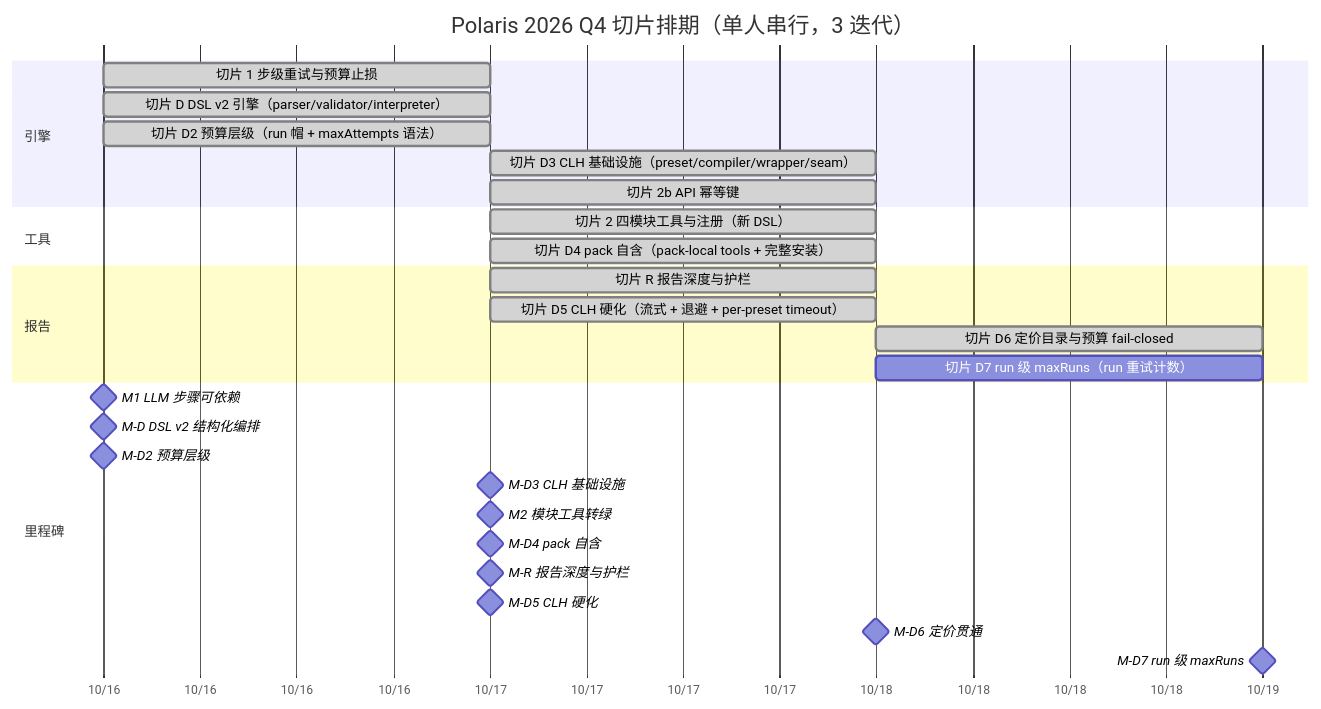
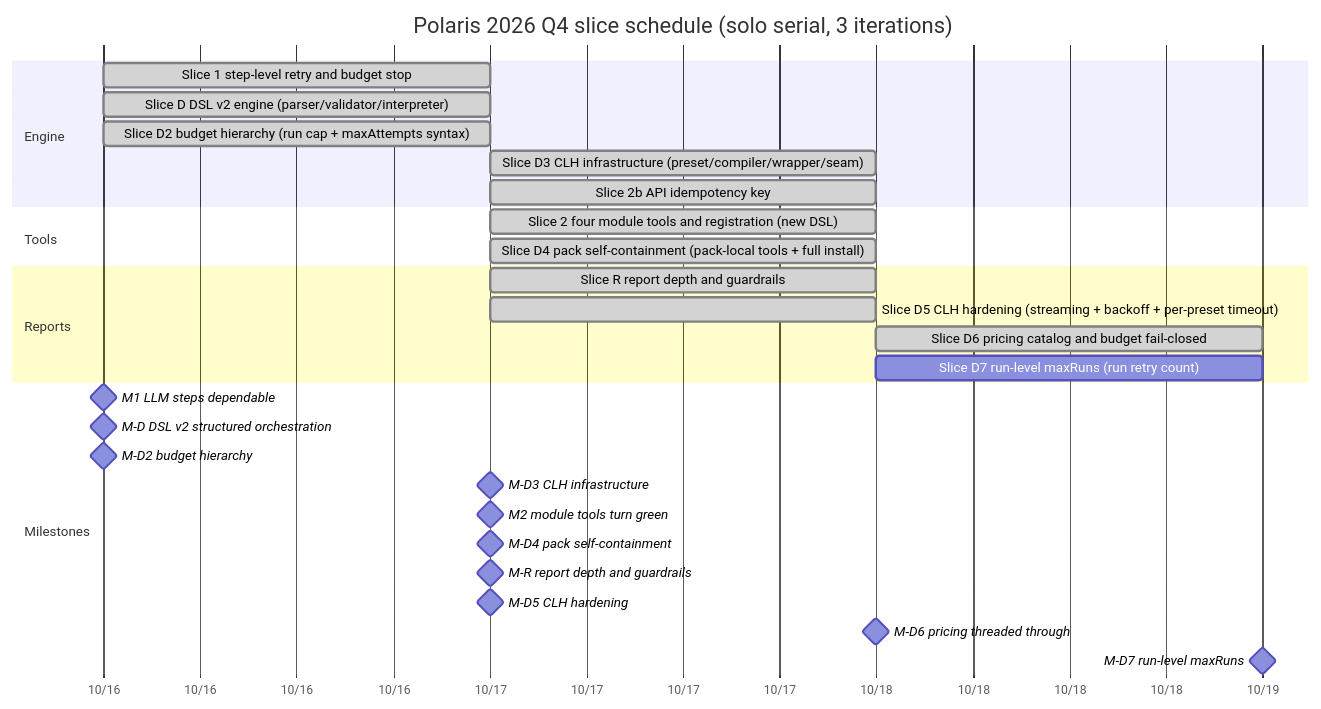
Before and after one commit to 55aaseclab/Polaris: the diagram in apps/docs/site/development/roadmap.md, drawn with Mermaid. The commit also changed other lines of this file and 1 other file, not shown here.

````diff
--- a/apps/docs/site/development/roadmap.md
+++ b/apps/docs/site/development/roadmap.md
@@ -91,31 +94,31 @@
 ```mermaid
 gantt
-    title Polaris 2026 Q4 切片排期（单人串行，3 迭代）
+    title Polaris 2026 Q4 slice schedule (solo serial, 3 iterations)
     dateFormat YYYY-MM-DD
     axisFormat %m/%d
-    section 引擎
-    切片 1 步级重试与预算止损 :done, a1, 2026-10-16, 1d
-    切片 D DSL v2 引擎（parser/validator/interpreter） :done, a2, 2026-10-16, 1d
-    切片 D2 预算层级（run 帽 + maxAttempts 语法） :done, a4, 2026-10-16, 1d
-    切片 D3 CLH 基础设施（preset/compiler/wrapper/seam） :done, a5, 2026-10-17, 1d
-    切片 2b API 幂等键 :done, a3, 2026-10-17, 1d
-    section 工具
-    切片 2 四模块工具与注册（新 DSL） :done, b1, 2026-10-17, 1d
-    切片 D4 pack 自含（pack-local tools + 完整安装） :done, b2, 2026-10-17, 1d
-    section 报告
-    切片 R 报告深度与护栏 :done, r1, 2026-10-17, 1d
-    切片 D5 CLH 硬化（流式 + 退避 + per-preset timeout） :done, c1, 2026-10-17, 1d
-    切片 D6 定价目录与预算 fail-closed :done, c2, 2026-10-18, 1d
-    切片 D7 run 级 maxRuns（run 重试计数） :c3, 2026-10-18, 1d
-    section 里程碑
-    M1 LLM 步骤可依赖 :milestone, m1, 2026-10-16, 0d
-    M-D DSL v2 结构化编排 :milestone, md, 2026-10-16, 0d
-    M-D2 预算层级 :milestone, md2, 2026-10-16, 0d
-    M-D3 CLH 基础设施 :milestone, md3, 2026-10-17, 0d
-    M2 模块工具转绿 :milestone, m2, 2026-10-17, 0d
-    M-D4 pack 自含 :milestone, md4, 2026-10-17, 0d
-    M-R 报告深度与护栏 :milestone, mr, 2026-10-17, 0d
-    M-D5 CLH 硬化 :milestone, md5, 2026-10-17, 0d
-    M-D6 定价贯通 :milestone, md6, 2026-10-18, 0d
-    M-D7 run 级 maxRuns :milestone, md7, 2026-10-19, 0d
+    section Engine
+    Slice 1 step-level retry and budget stop :done, a1, 2026-10-16, 1d
+    Slice D DSL v2 engine (parser/validator/interpreter) :done, a2, 2026-10-16, 1d
+    Slice D2 budget hierarchy (run cap + maxAttempts syntax) :done, a4, 2026-10-16, 1d
+    Slice D3 CLH infrastructure (preset/compiler/wrapper/seam) :done, a5, 2026-10-17, 1d
+    Slice 2b API idempotency key :done, a3, 2026-10-17, 1d
+    section Tools
+    Slice 2 four module tools and registration (new DSL) :done, b1, 2026-10-17, 1d
+    Slice D4 pack self-containment (pack-local tools + full install) :done, b2, 2026-10-17, 1d
+    section Reports
+    Slice R report depth and guardrails :done, r1, 2026-10-17, 1d
+    Slice D5 CLH hardening (streaming + backoff + per-preset timeout) :done, c1, 2026-10-17, 1d
+    Slice D6 pricing catalog and budget fail-closed :done, c2, 2026-10-18, 1d
+    Slice D7 run-level maxRuns (run retry count) :c3, 2026-10-18, 1d
+    section Milestones
+    M1 LLM steps dependable :milestone, m1, 2026-10-16, 0d
+    M-D DSL v2 structured orchestration :milestone, md, 2026-10-16, 0d
+    M-D2 budget hierarchy :milestone, md2, 2026-10-16, 0d
+    M-D3 CLH infrastructure :milestone, md3, 2026-10-17, 0d
+    M2 module tools turn green :milestone, m2, 2026-10-17, 0d
+    M-D4 pack self-containment :milestone, md4, 2026-10-17, 0d
+    M-R report depth and guardrails :milestone, mr, 2026-10-17, 0d
+    M-D5 CLH hardening :milestone, md5, 2026-10-17, 0d
+    M-D6 pricing threaded through :milestone, md6, 2026-10-18, 0d
+    M-D7 run-level maxRuns :milestone, md7, 2026-10-19, 0d
 ```
````
